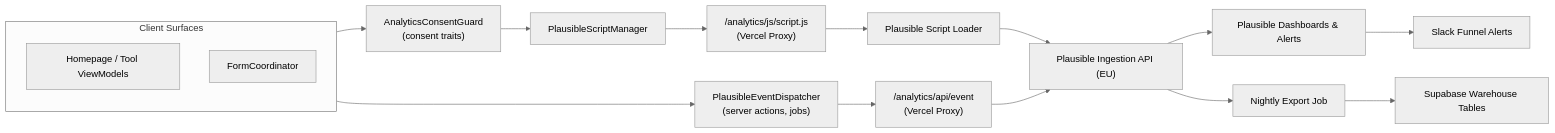
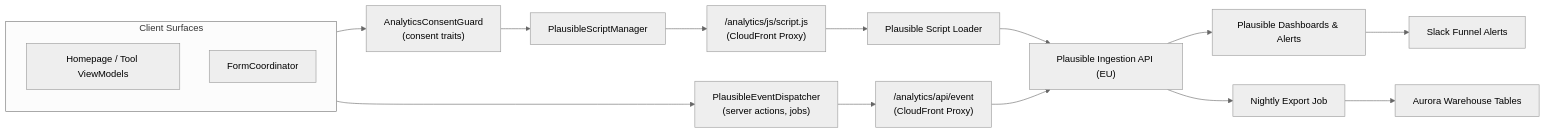
One commit to marcelkenner/clarivum changed the diagram in docs/diagrams/adr-029-plausible-analytics-platform/architecture-overview.mmd. Above: the diagram before and after it, drawn with Mermaid (neutral theme). The commit also changed 205 other files, not shown here.

Commit message:
change from supabase/vercel to aws based infra

````diff
--- a/docs/diagrams/adr-029-plausible-analytics-platform/architecture-overview.mmd
+++ b/docs/diagrams/adr-029-plausible-analytics-platform/architecture-overview.mmd
@@ -1,30 +1,30 @@
 ```mermaid
 flowchart LR
     subgraph Client["Client Surfaces"]
         HeroVM["Homepage / Tool ViewModels"]
         FormVM["FormCoordinator"]
     end
 
     Consent["AnalyticsConsentGuard\n(consent traits)"]
     ScriptMgr["PlausibleScriptManager"]
-    ProxyScript["/analytics/js/script.js\n(Vercel Proxy)"]
+    ProxyScript["/analytics/js/script.js\n(CloudFront Proxy)"]
     PlausibleJS["Plausible Script Loader"]
 
     ServerDispatcher["PlausibleEventDispatcher\n(server actions, jobs)"]
-    ProxyAPI["/analytics/api/event\n(Vercel Proxy)"]
+    ProxyAPI["/analytics/api/event\n(CloudFront Proxy)"]
     PlausibleIngest["Plausible Ingestion API (EU)"]
     PlausibleApp["Plausible Dashboards & Alerts"]
     SlackAlerts["Slack Funnel Alerts"]
     NightlyExport["Nightly Export Job"]
-    SupabaseWarehouse["Supabase Warehouse Tables"]
+    AuroraWarehouse["Aurora Warehouse Tables"]
 
     Client --> Consent
     Consent --> ScriptMgr
     ScriptMgr --> ProxyScript --> PlausibleJS --> PlausibleIngest
 
     Client --> ServerDispatcher
     ServerDispatcher --> ProxyAPI --> PlausibleIngest
 
     PlausibleIngest --> PlausibleApp --> SlackAlerts
-    PlausibleIngest --> NightlyExport --> SupabaseWarehouse
+    PlausibleIngest --> NightlyExport --> AuroraWarehouse
 ```
````
